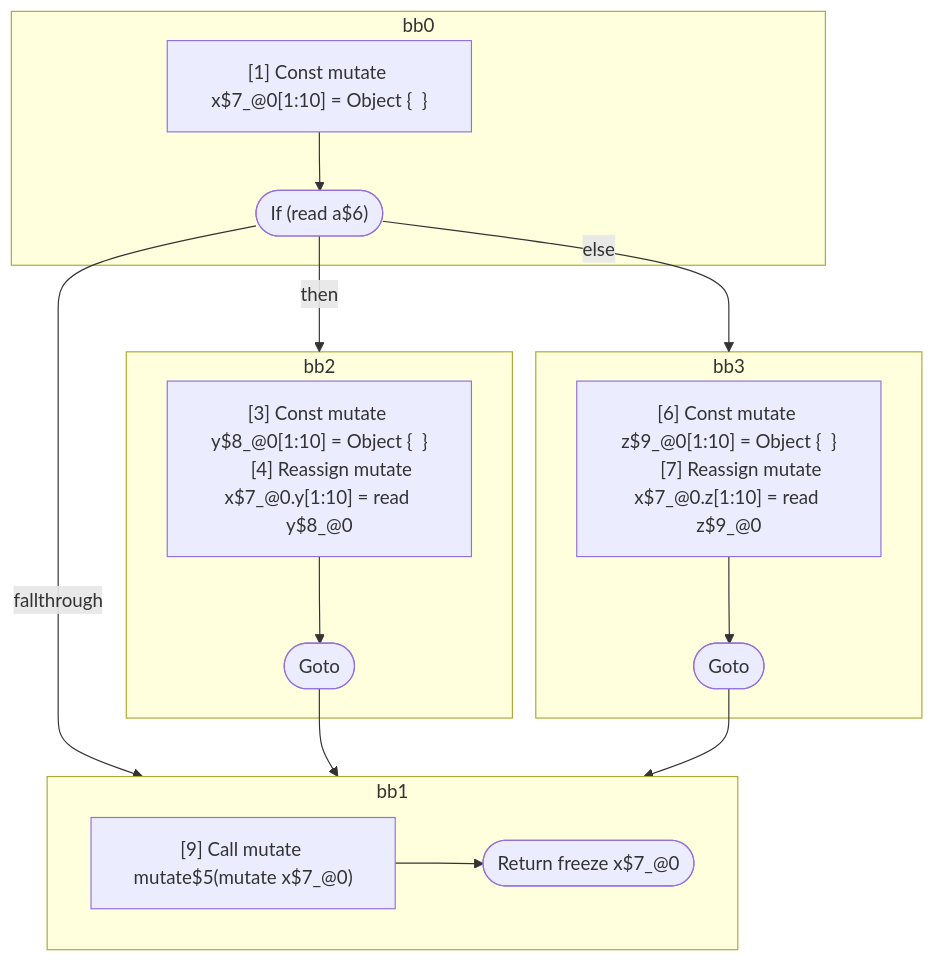
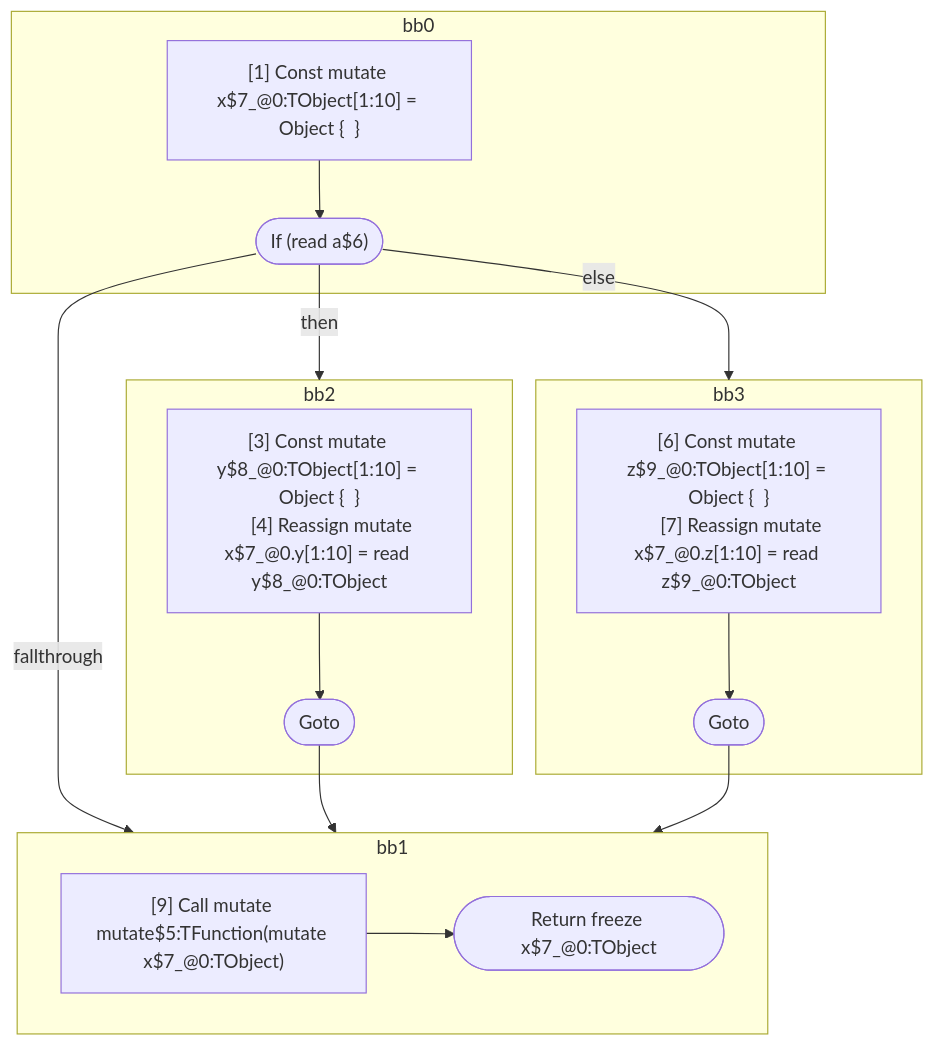
Before and after one commit to wutsmog/private: the diagram in compiler/forget/src/__tests__/fixtures/hir/ssa-property-alias-mutate-if.expect.md, drawn with Mermaid. The commit also changed other lines of this file and 112 other files, not shown here.

````diff
--- a/compiler/forget/src/__tests__/fixtures/hir/ssa-property-alias-mutate-if.expect.md
+++ b/compiler/forget/src/__tests__/fixtures/hir/ssa-property-alias-mutate-if.expect.md
@@ -68,38 +68,38 @@
 ```mermaid
 flowchart TB
   %% Basic Blocks
   subgraph bb0
     bb0_instrs["
-      [1] Const mutate x$7_@0[1:10] = Object {  }
+      [1] Const mutate x$7_@0:TObject[1:10] = Object {  }
     "]
     bb0_instrs --> bb0_terminal(["If (read a$6)"])
   end
   subgraph bb2
     bb2_instrs["
-      [3] Const mutate y$8_@0[1:10] = Object {  }
-      [4] Reassign mutate x$7_@0.y[1:10] = read y$8_@0
+      [3] Const mutate y$8_@0:TObject[1:10] = Object {  }
+      [4] Reassign mutate x$7_@0.y[1:10] = read y$8_@0:TObject
     "]
     bb2_instrs --> bb2_terminal(["Goto"])
   end
   subgraph bb3
     bb3_instrs["
-      [6] Const mutate z$9_@0[1:10] = Object {  }
-      [7] Reassign mutate x$7_@0.z[1:10] = read z$9_@0
+      [6] Const mutate z$9_@0:TObject[1:10] = Object {  }
+      [7] Reassign mutate x$7_@0.z[1:10] = read z$9_@0:TObject
     "]
     bb3_instrs --> bb3_terminal(["Goto"])
   end
   subgraph bb1
     bb1_instrs["
-      [9] Call mutate mutate$5(mutate x$7_@0)
+      [9] Call mutate mutate$5:TFunction(mutate x$7_@0:TObject)
     "]
-    bb1_instrs --> bb1_terminal(["Return freeze x$7_@0"])
+    bb1_instrs --> bb1_terminal(["Return freeze x$7_@0:TObject"])
   end
 
   %% Jumps
   bb0_terminal -- "then" --> bb2
   bb0_terminal -- "else" --> bb3
   bb0_terminal -- "fallthrough" --> bb1
   bb2_terminal --> bb1
   bb3_terminal --> bb1
 
 ```
````
